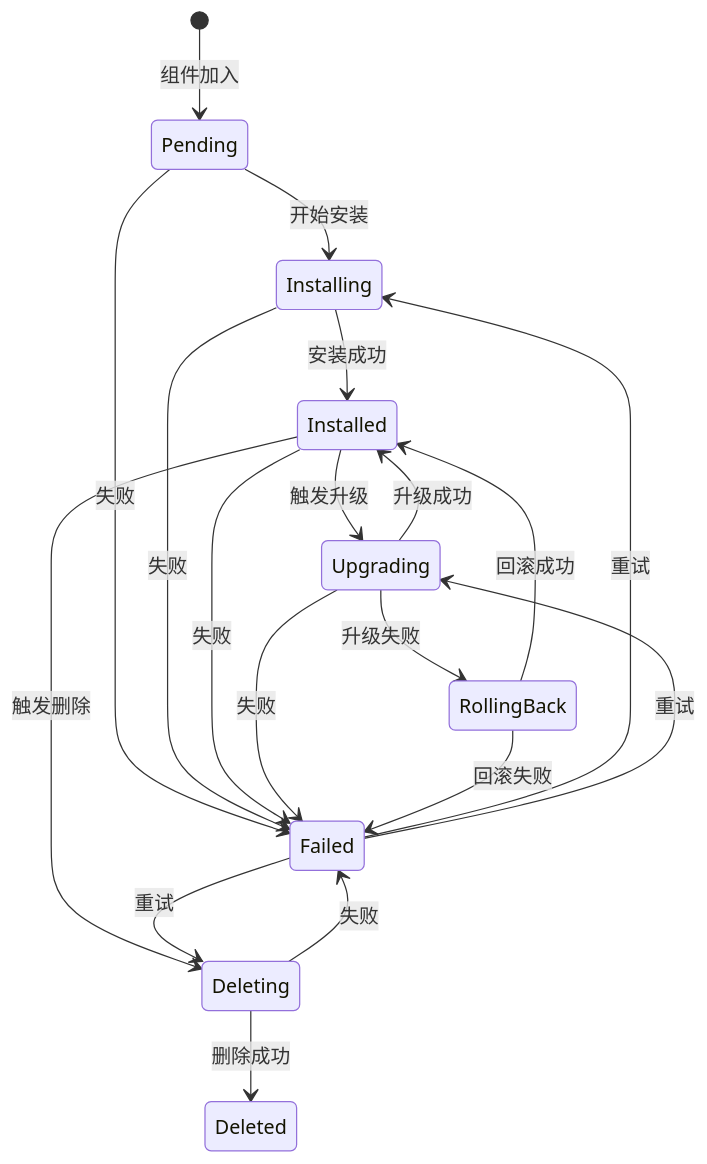
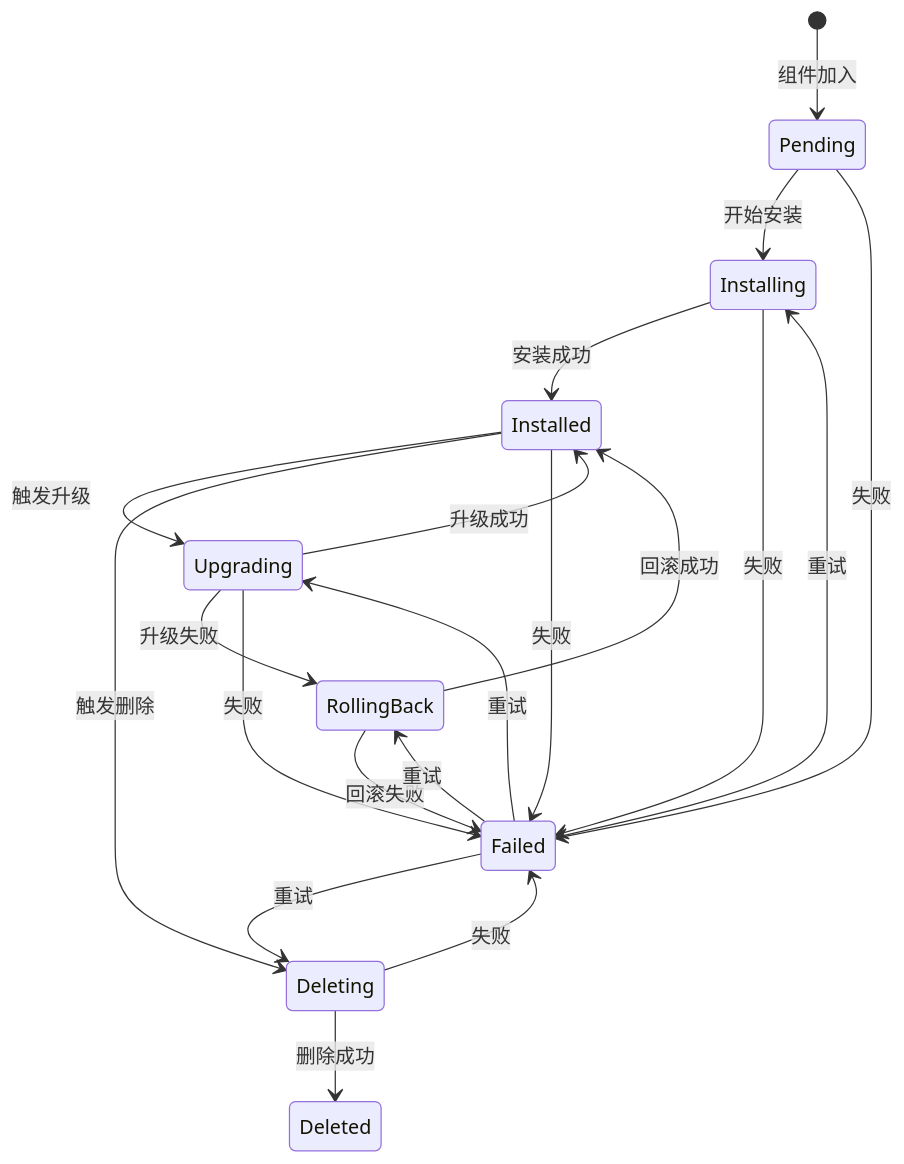
Before and after one commit to javadoors/cluster-api-provider-bke: the third of 3 diagrams in code/kep/kep6/kep6-state-machine-v3.md, drawn with Mermaid. The commit also changed other lines of this file, not shown here.

First line of the commit message:
docs: add Failed->RollingBack transition in component layer

````diff
--- a/code/kep/kep6/kep6-state-machine-v3.md
+++ b/code/kep/kep6/kep6-state-machine-v3.md
@@ -1010,28 +1010,29 @@
 ```mermaid
 stateDiagram-v2
     [*] --> Pending : 组件加入
     
     Pending --> Installing : 开始安装
     Pending --> Failed : 失败
     
     Installing --> Installed : 安装成功
     Installing --> Failed : 失败
     
     Installed --> Upgrading : 触发升级
     Installed --> Deleting : 触发删除
     Installed --> Failed : 失败
     
     Upgrading --> Installed : 升级成功
     Upgrading --> RollingBack : 升级失败
     Upgrading --> Failed : 失败
     
     RollingBack --> Installed : 回滚成功
     RollingBack --> Failed : 回滚失败
     
     Deleting --> Deleted : 删除成功
     Deleting --> Failed : 失败
     
     Failed --> Installing : 重试
     Failed --> Upgrading : 重试
+    Failed --> RollingBack : 重试
     Failed --> Deleting : 重试
 ```
````
